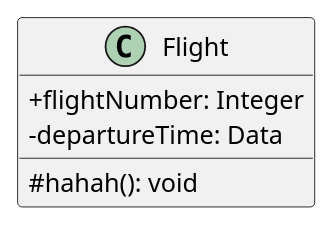
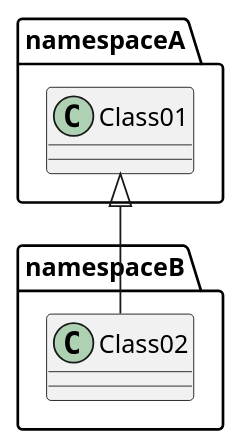
Before and after one commit to Document-Collection/image-processing: the diagram in samples/plantuml/class.puml, drawn with PlantUML.

Commit message:
test(plantuml): 类图的命名空间实现

```diff
--- a/samples/plantuml/class.puml
+++ b/samples/plantuml/class.puml
@@ -1,28 +1,31 @@
 @startuml
 skinparam classAttributeIconSize 0
 
 ' class Dummy {
 '     String data
 '     void methods()  
 ' }
 
-class Flight {
-    +flightNumber: Integer
-    -departureTime: Data
+' class Flight {
+'     +flightNumber: Integer
+'     -departureTime: Data
     
-    # hahah(): void
-}
+'     # hahah(): void
+' }
 
 ' ' 泛化 空心三角形+实线
 ' Class01 <|-- Class02
 ' ' 实现 空心三角形+虚线
 ' Class03 <|.. Class04
 ' ' 组合 实心菱形+实线
 ' Class05 *-- Class06
 ' ' 聚合 空心菱形+实线
 ' Class07 o-- Class08
 ' ' 关联 箭头+实线
 ' Class09 <-- Class10
 ' ' 依赖 箭头+虚线
 ' Class11 <.. Class12
+
+namespaceA.Class01 <|-- namespaceB.Class02
+
 @enduml
```
